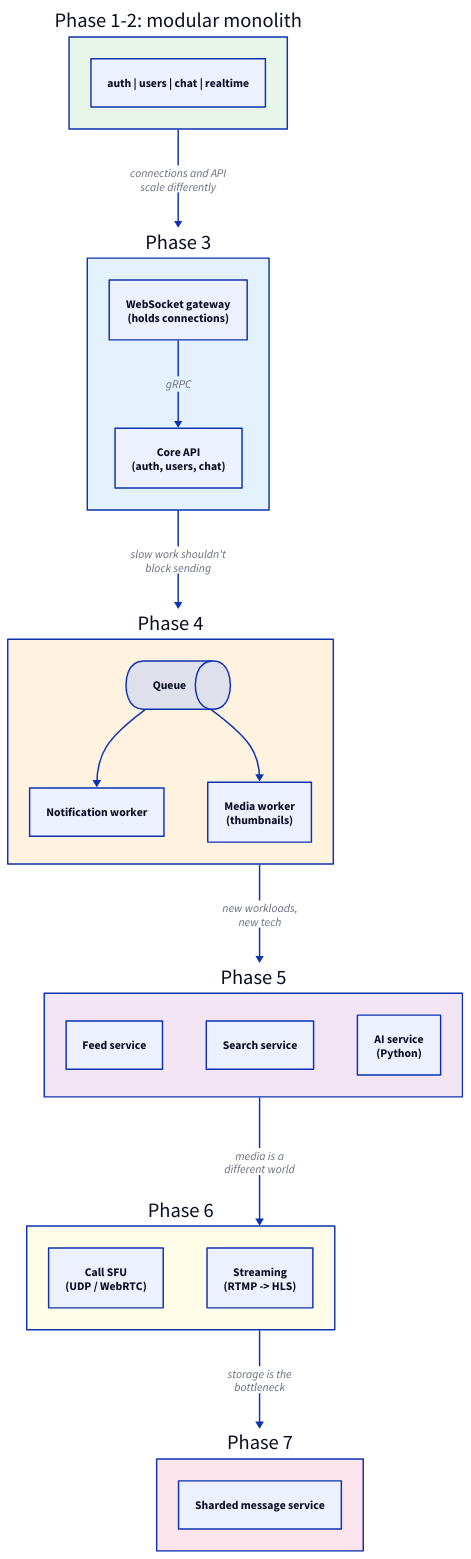
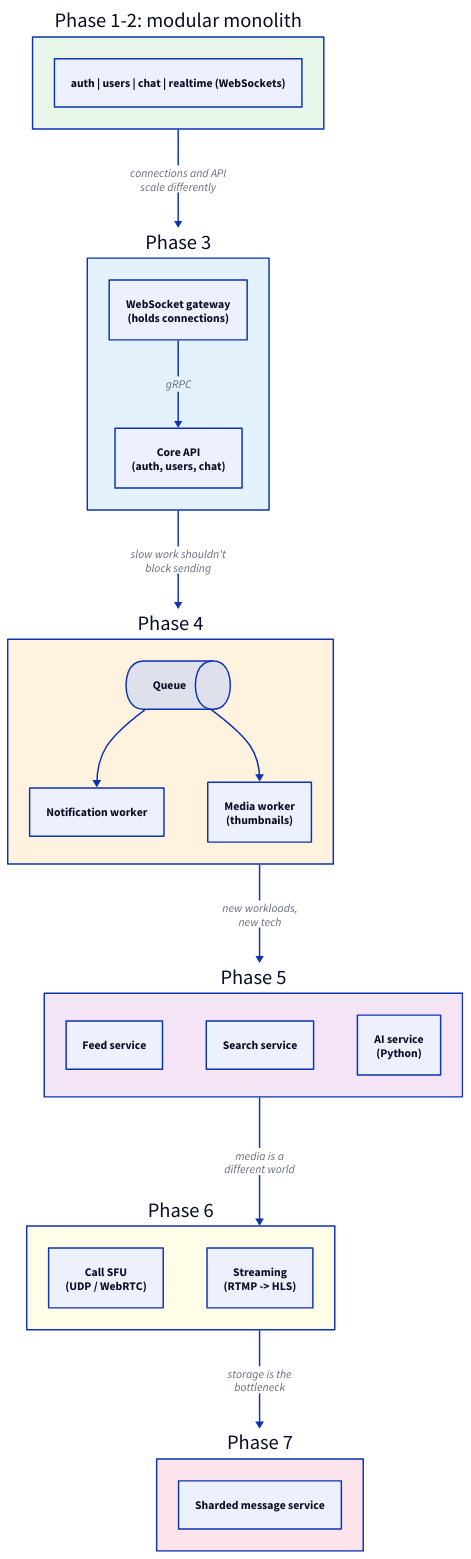
One commit to Prathmeshgumal/system changed the diagram in knowledge-base/diagrams/06-service-split.d2. Above: the diagram before and after it, drawn with D2. The commit also changed 2 other files, not shown here.

```diff
--- a/knowledge-base/diagrams/06-service-split.d2
+++ b/knowledge-base/diagrams/06-service-split.d2
@@ -1,47 +1,47 @@
 # When each piece leaves the monolith.
 direction: down
 
 mono: "Phase 1-2: modular monolith" {
   style.fill: "#e8f5e9"
-  m: "auth | users | chat | realtime"
+  m: "auth | users | chat | realtime (WebSockets)"
 }
 
 p3: "Phase 3" {
   style.fill: "#e3f2fd"
   gw: "WebSocket gateway\n(holds connections)"
   core: "Core API\n(auth, users, chat)"
   gw -> core: "gRPC"
 }
 
 p4: "Phase 4" {
   style.fill: "#fff3e0"
   q: "Queue" {shape: queue}
   notif: "Notification worker"
   media: "Media worker\n(thumbnails)"
   q -> notif
   q -> media
 }
 
 p5: "Phase 5" {
   style.fill: "#f3e5f5"
   feed: "Feed service"
   search: "Search service"
   ai: "AI service\n(Python)"
 }
 
 p6: "Phase 6" {
   style.fill: "#fffde7"
   sfu: "Call SFU\n(UDP / WebRTC)"
   stream: "Streaming\n(RTMP -> HLS)"
 }
 
 p7: "Phase 7" {
   style.fill: "#fce4ec"
   shard: "Sharded message service"
 }
 
 mono -> p3: "connections and API\nscale differently"
 p3 -> p4: "slow work shouldn't\nblock sending"
 p4 -> p5: "new workloads,\nnew tech"
 p5 -> p6: "media is a\ndifferent world"
 p6 -> p7: "storage is the\nbottleneck"
```
